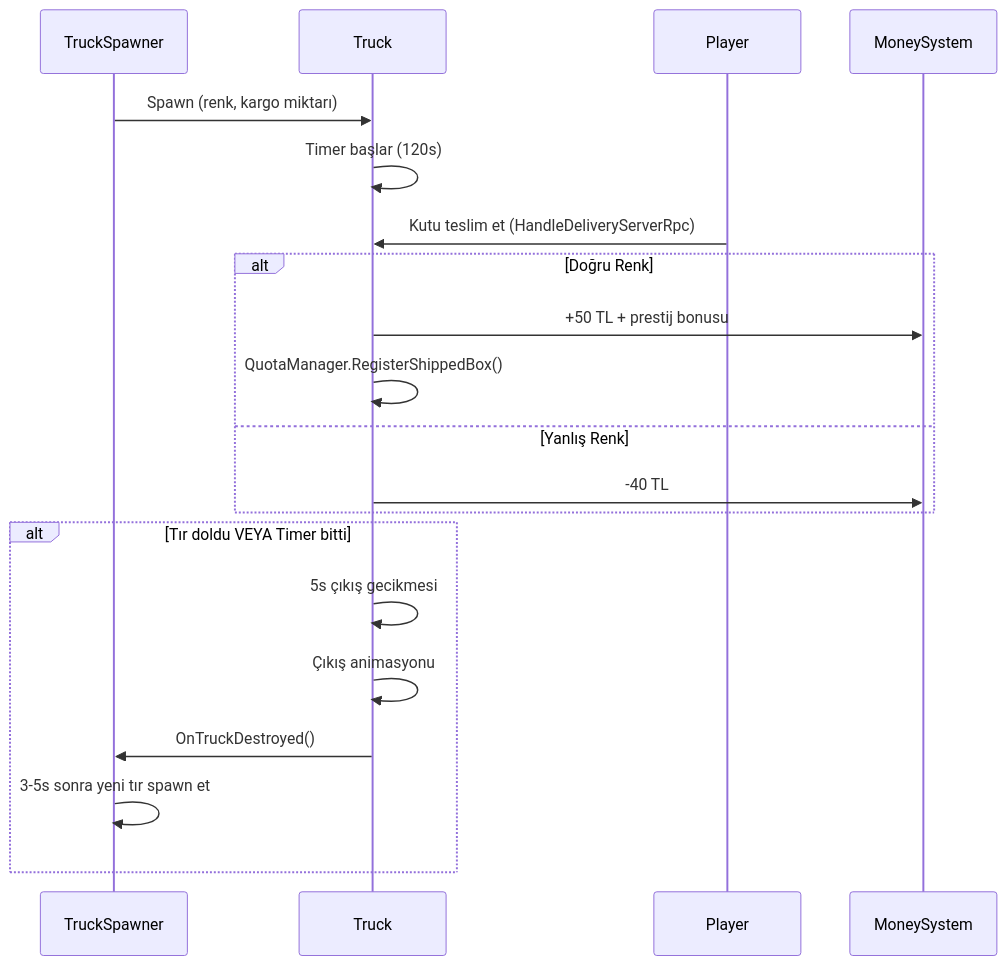
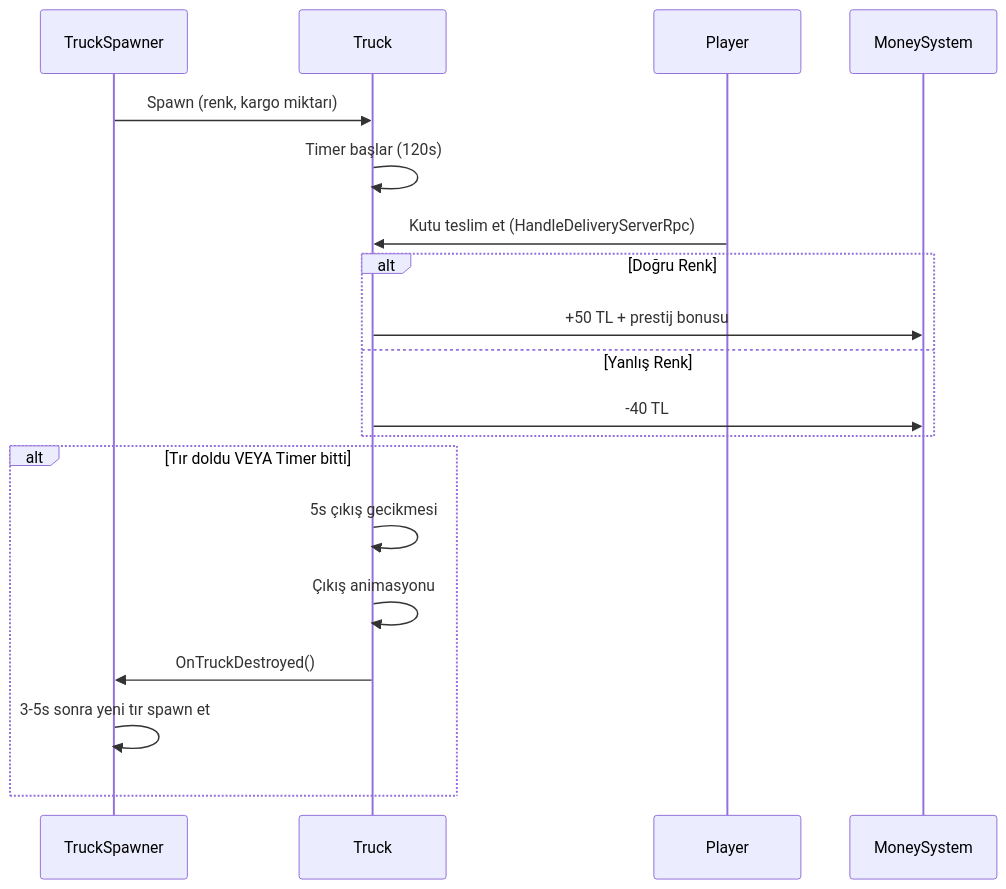
The fourth of 11 diagrams in GDD.md (Thefec/Cargor), drawn with Mermaid before and after one commit. The commit also changed other lines of this file, not shown here.

````diff
--- a/GDD.md
+++ b/GDD.md
@@ -420,25 +498,24 @@
 ```mermaid
 sequenceDiagram
     participant S as TruckSpawner
     participant T as Truck
     participant P as Player
     participant M as MoneySystem
 
     S->>T: Spawn (renk, kargo miktarı)
     T->>T: Timer başlar (120s)
     P->>T: Kutu teslim et (HandleDeliveryServerRpc)
     
     alt Doğru Renk
         T->>M: +50 TL + prestij bonusu
-        T->>T: QuotaManager.RegisterShippedBox()
     else Yanlış Renk
         T->>M: -40 TL
     end
     
     alt Tır doldu VEYA Timer bitti
         T->>T: 5s çıkış gecikmesi
         T->>T: Çıkış animasyonu
         T->>S: OnTruckDestroyed()
         S->>S: 3-5s sonra yeni tır spawn et
     end
 ```
````
